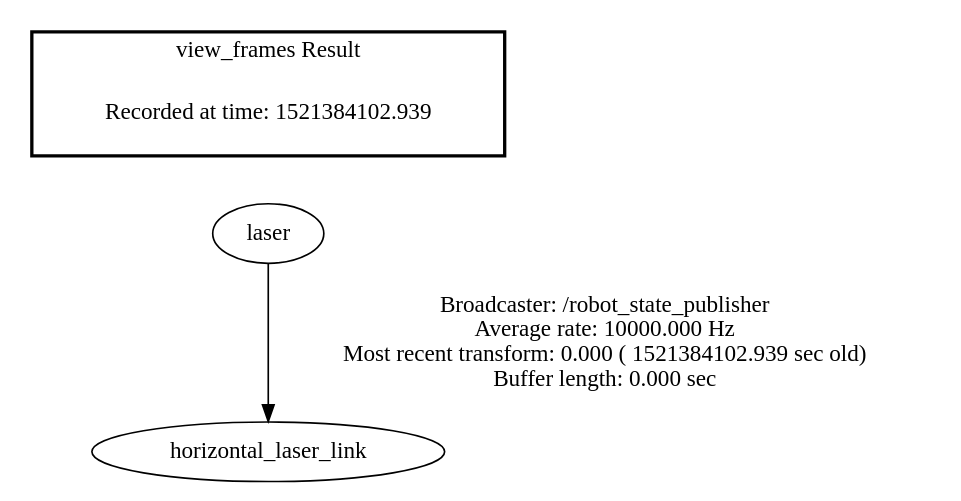
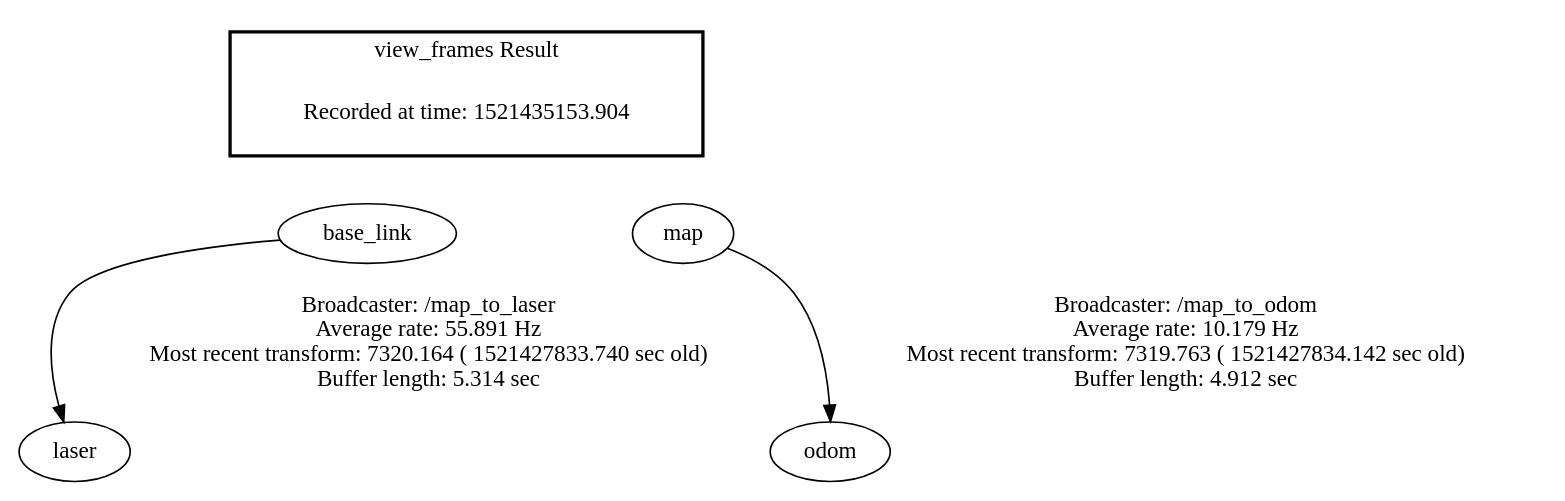
The diagram in src/taobot_link/launch/frames.gv (lingfei93/agv), drawn with Graphviz before and after one commit. The commit also changed 2 other files, not shown here.

```diff
--- a/src/taobot_link/launch/frames.gv
+++ b/src/taobot_link/launch/frames.gv
@@ -1,7 +1,12 @@
 digraph G {
-"laser" -> "horizontal_laser_link"[label="Broadcaster: /robot_state_publisher\nAverage rate: 10000.000 Hz\nMost recent transform: 0.000 ( 1521384102.939 sec old)\nBuffer length: 0.000 sec\n"];
+"base_link" -> "laser"[label="Broadcaster: /map_to_laser\nAverage rate: 55.891 Hz\nMost recent transform: 7320.164 ( 1521427833.740 sec old)\nBuffer length: 5.314 sec\n"];
+"map" -> "odom"[label="Broadcaster: /map_to_odom\nAverage rate: 10.179 Hz\nMost recent transform: 7319.763 ( 1521427834.142 sec old)\nBuffer length: 4.912 sec\n"];
 edge [style=invis];
  subgraph cluster_legend { style=bold; color=black; label ="view_frames Result";
-"Recorded at time: 1521384102.939"[ shape=plaintext ] ;
- }->"laser";
+"Recorded at time: 1521435153.904"[ shape=plaintext ] ;
+ }->"base_link";
+edge [style=invis];
+ subgraph cluster_legend { style=bold; color=black; label ="view_frames Result";
+"Recorded at time: 1521435153.904"[ shape=plaintext ] ;
+ }->"map";
 }
```
